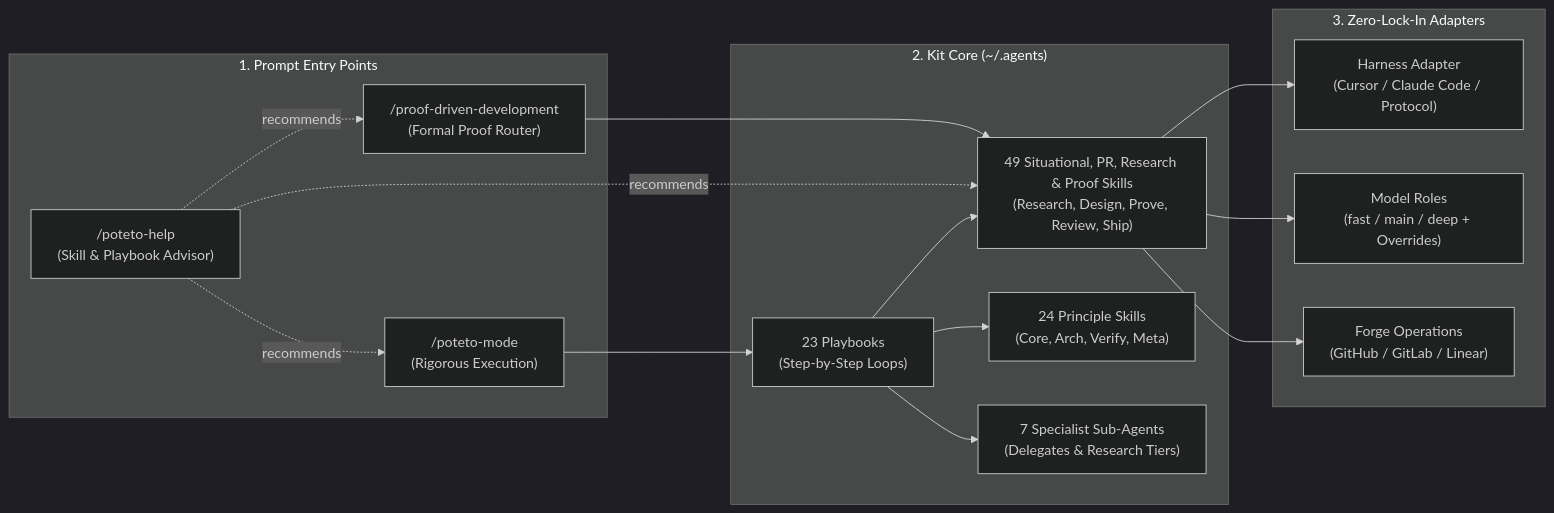
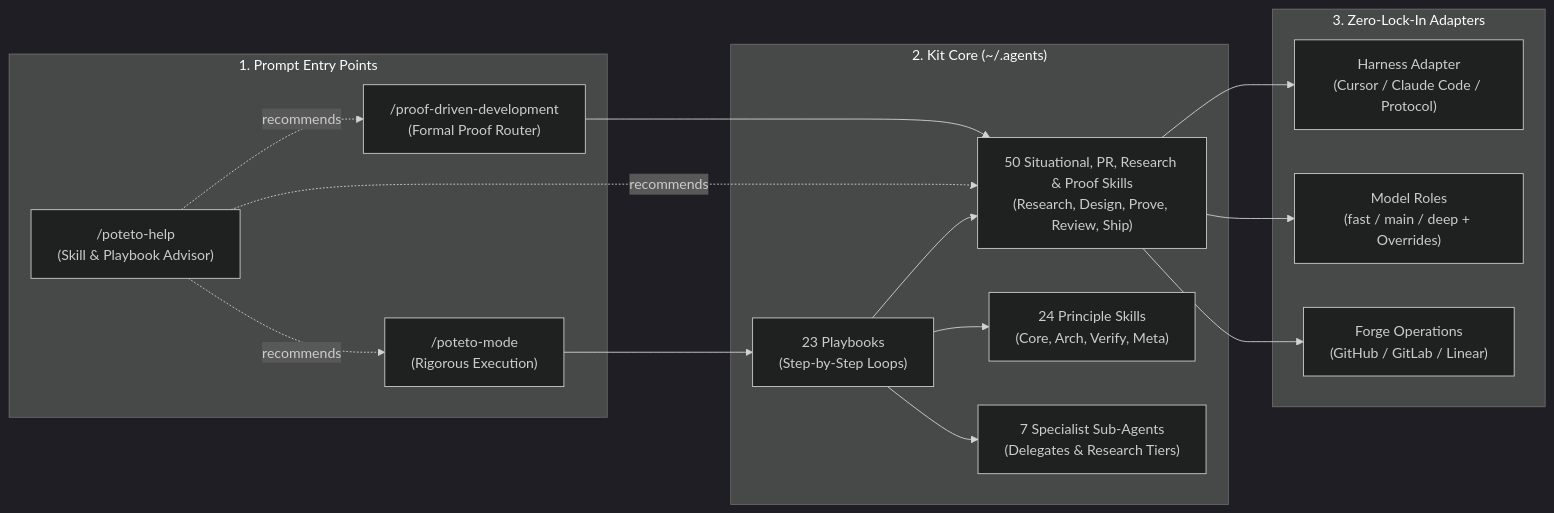
Before and after one commit to PhillipChaffee/.agents: the first of 3 diagrams in README.md, drawn with Mermaid (dark theme). The commit also changed other lines of this file and 4 other files, not shown here.

````diff
--- a/README.md
+++ b/README.md
@@ -11,27 +11,27 @@
 ```mermaid
 flowchart LR
     subgraph Input["1. Prompt Entry Points"]
         PM["/poteto-mode<br/>(Rigorous Execution)"]
         PDD["/proof-driven-development<br/>(Formal Proof Router)"]
         PH["/poteto-help<br/>(Skill & Playbook Advisor)"]
     end
 
     subgraph Engine["2. Kit Core (~/.agents)"]
         PB["23 Playbooks<br/>(Step-by-Step Loops)"]
-        SK["49 Situational, PR, Research & Proof Skills<br/>(Research, Design, Prove, Review, Ship)"]
+        SK["50 Situational, PR, Research & Proof Skills<br/>(Research, Design, Prove, Review, Ship)"]
         PR["24 Principle Skills<br/>(Core, Arch, Verify, Meta)"]
         AG["7 Specialist Sub-Agents<br/>(Delegates & Research Tiers)"]
     end
 
     subgraph Adapters["3. Zero-Lock-In Adapters"]
         HarnessAdapter["Harness Adapter<br/>(Cursor / Claude Code / Protocol)"]
         ModelRoles["Model Roles<br/>(fast / main / deep + Overrides)"]
         ForgeOps["Forge Operations<br/>(GitHub / GitLab / Linear)"]
     end
 
     PM --> PB
     PDD --> SK
     PH -.->|"recommends"| PM & PDD & SK
     PB --> SK & PR & AG
     SK --> HarnessAdapter & ModelRoles & ForgeOps
 ```
````
